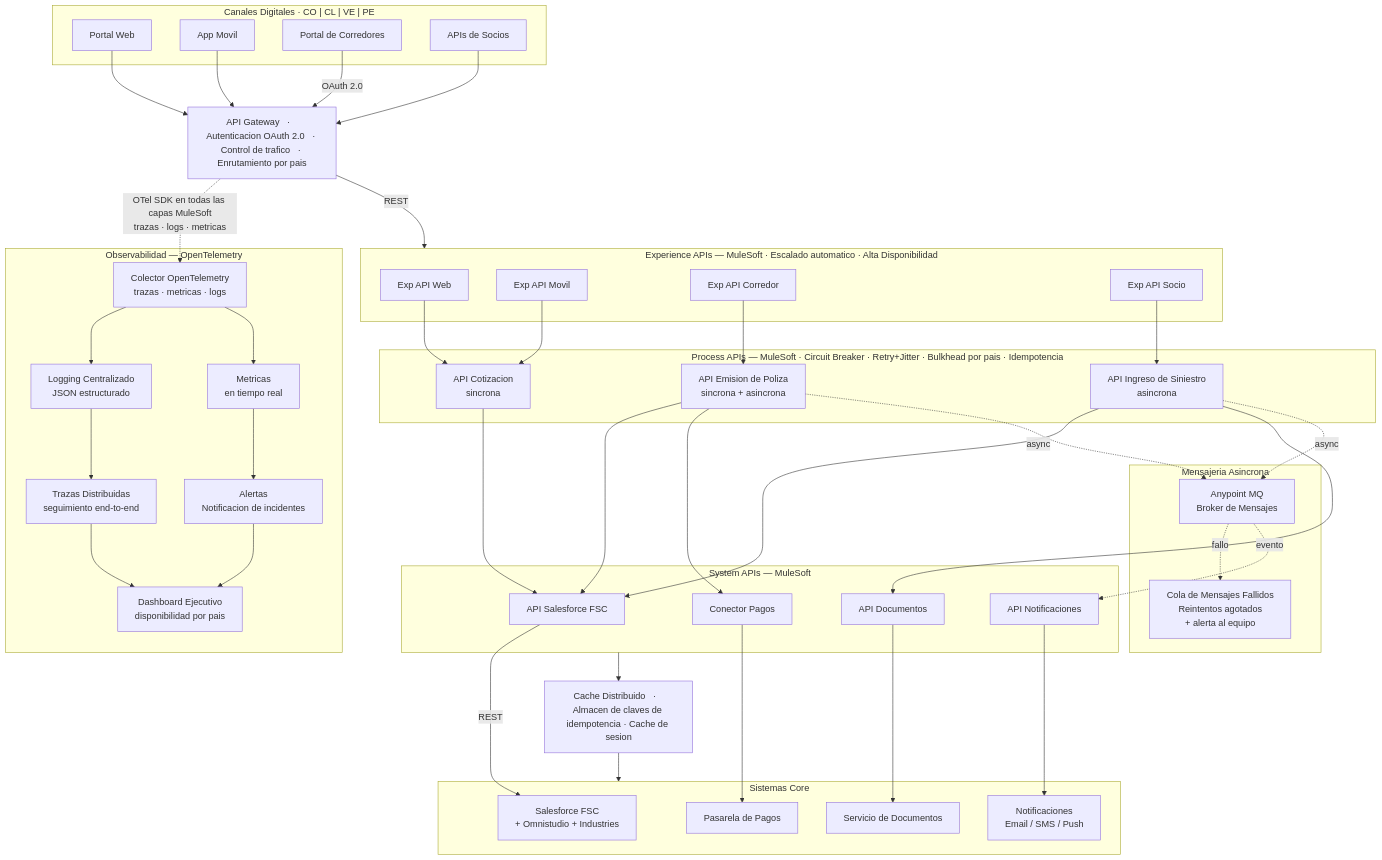
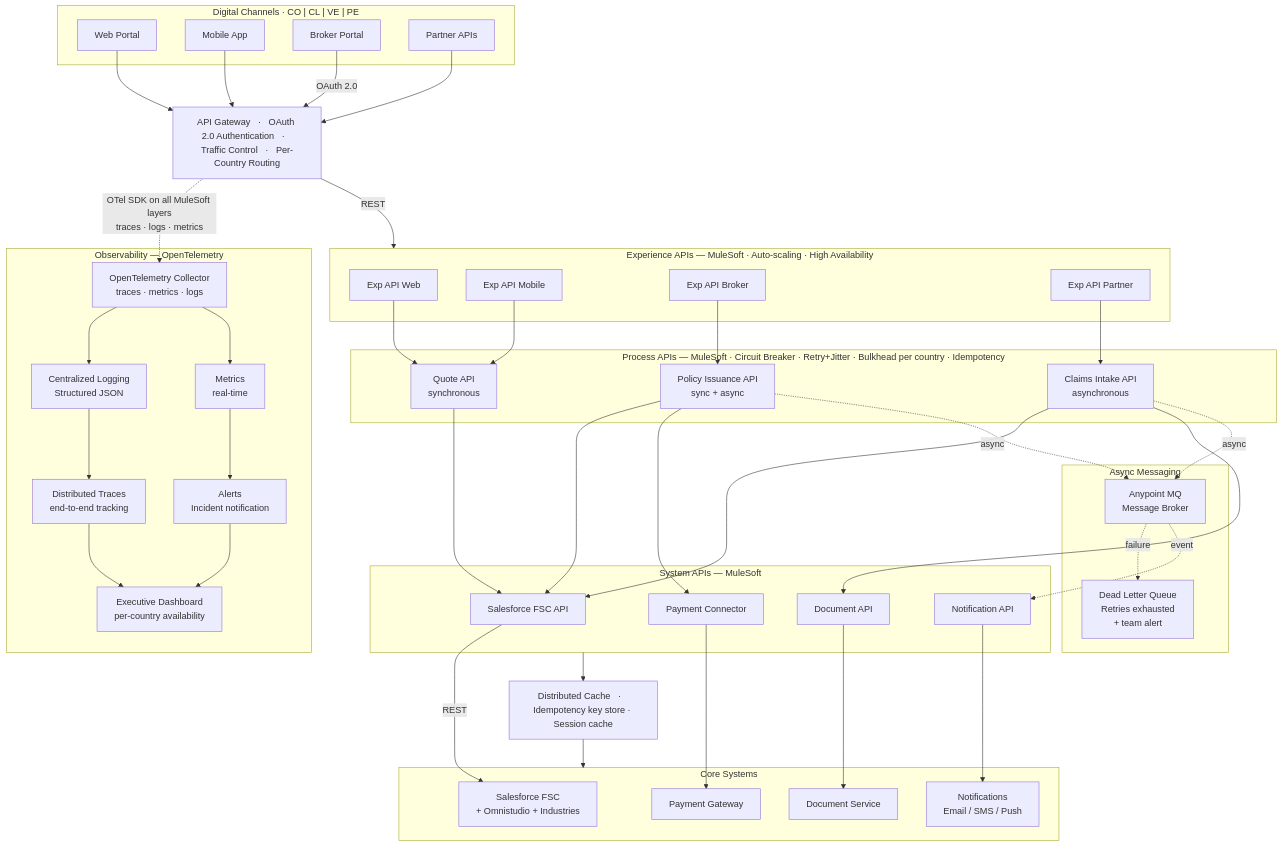
The diagram in diagrams/architecture.mmd (juliantorres92/tech-assessment), drawn with Mermaid before and after one commit. The commit also changed 3 other files, not shown here.

First line of the commit message:
Translate architecture diagrams to English

```diff
--- a/diagrams/architecture.mmd
+++ b/diagrams/architecture.mmd
@@ -1,91 +1,91 @@
 graph TB
-    subgraph Channels["Canales Digitales   ·   CO | CL | VE | PE"]
-        WEB[Portal Web]
-        MOB[App Movil]
-        BRK[Portal de Corredores]
-        PRT[APIs de Socios]
+    subgraph Channels["Digital Channels   ·   CO | CL | VE | PE"]
+        WEB[Web Portal]
+        MOB[Mobile App]
+        BRK[Broker Portal]
+        PRT[Partner APIs]
     end
 
-    APIGW["API Gateway   ·   Autenticacion OAuth 2.0   ·   Control de trafico   ·   Enrutamiento por pais"]
+    APIGW["API Gateway   ·   OAuth 2.0 Authentication   ·   Traffic Control   ·   Per-Country Routing"]
 
-    subgraph Experience["Experience APIs — MuleSoft   ·   Escalado automatico   ·   Alta Disponibilidad"]
+    subgraph Experience["Experience APIs — MuleSoft   ·   Auto-scaling   ·   High Availability"]
         EXP_WEB[Exp API Web]
-        EXP_MOB[Exp API Movil]
-        EXP_BRK[Exp API Corredor]
-        EXP_PRT[Exp API Socio]
+        EXP_MOB[Exp API Mobile]
+        EXP_BRK[Exp API Broker]
+        EXP_PRT[Exp API Partner]
     end
 
-    subgraph Process["Process APIs — MuleSoft   ·   Circuit Breaker · Retry+Jitter · Bulkhead por pais · Idempotencia"]
-        PROC_QUOTE["API Cotizacion\nsincrona"]
-        PROC_POLICY["API Emision de Poliza\nsincrona + asincrona"]
-        PROC_CLAIM["API Ingreso de Siniestro\nasincrona"]
+    subgraph Process["Process APIs — MuleSoft   ·   Circuit Breaker · Retry+Jitter · Bulkhead per country · Idempotency"]
+        PROC_QUOTE["Quote API\nsynchronous"]
+        PROC_POLICY["Policy Issuance API\nsync + async"]
+        PROC_CLAIM["Claims Intake API\nasynchronous"]
     end
 
     subgraph System["System APIs — MuleSoft"]
-        SYS_SF[API Salesforce FSC]
-        SYS_PAY[Conector Pagos]
-        SYS_DOC[API Documentos]
-        SYS_NOTIF[API Notificaciones]
+        SYS_SF[Salesforce FSC API]
+        SYS_PAY[Payment Connector]
+        SYS_DOC[Document API]
+        SYS_NOTIF[Notification API]
     end
 
-    REDIS["Cache Distribuido   ·   Almacen de claves de idempotencia · Cache de sesion"]
+    REDIS["Distributed Cache   ·   Idempotency key store · Session cache"]
 
-    subgraph Core["Sistemas Core"]
+    subgraph Core["Core Systems"]
         SF["Salesforce FSC\n+ Omnistudio + Industries"]
-        PAY[Pasarela de Pagos]
-        DOC[Servicio de Documentos]
-        NOTIF["Notificaciones\nEmail / SMS / Push"]
+        PAY[Payment Gateway]
+        DOC[Document Service]
+        NOTIF["Notifications\nEmail / SMS / Push"]
     end
 
-    subgraph Async["Mensajeria Asincrona"]
-        MQ["Anypoint MQ\nBroker de Mensajes"]
-        DLQ["Cola de Mensajes Fallidos\nReintentos agotados\n+ alerta al equipo"]
+    subgraph Async["Async Messaging"]
+        MQ["Anypoint MQ\nMessage Broker"]
+        DLQ["Dead Letter Queue\nRetries exhausted\n+ team alert"]
     end
 
-    subgraph Obs["Observabilidad — OpenTelemetry"]
-        OTEL["Colector OpenTelemetry\ntrazas · metricas · logs"]
-        LOG["Logging Centralizado\nJSON estructurado"]
-        METRICS["Metricas\nen tiempo real"]
-        TRACES["Trazas Distribuidas\nseguimiento end-to-end"]
-        ALERT["Alertas\nNotificacion de incidentes"]
-        DASH["Dashboard Ejecutivo\ndisponibilidad por pais"]
+    subgraph Obs["Observability — OpenTelemetry"]
+        OTEL["OpenTelemetry Collector\ntraces · metrics · logs"]
+        LOG["Centralized Logging\nStructured JSON"]
+        METRICS["Metrics\nreal-time"]
+        TRACES["Distributed Traces\nend-to-end tracking"]
+        ALERT["Alerts\nIncident notification"]
+        DASH["Executive Dashboard\nper-country availability"]
     end
 
     WEB --> APIGW
     MOB --> APIGW
     BRK -->|OAuth 2.0| APIGW
     PRT --> APIGW
 
     APIGW -->|REST| Experience
 
     EXP_WEB --> PROC_QUOTE
     EXP_MOB --> PROC_QUOTE
     EXP_BRK --> PROC_POLICY
     EXP_PRT --> PROC_CLAIM
 
     PROC_QUOTE --> SYS_SF
     PROC_POLICY --> SYS_SF
     PROC_POLICY --> SYS_PAY
     PROC_CLAIM --> SYS_SF
     PROC_CLAIM --> SYS_DOC
 
     PROC_POLICY -.->|async| MQ
     PROC_CLAIM -.->|async| MQ
-    MQ -.->|fallo| DLQ
-    MQ -.->|evento| SYS_NOTIF
+    MQ -.->|failure| DLQ
+    MQ -.->|event| SYS_NOTIF
 
     System --> REDIS
     REDIS --> Core
 
     SYS_SF -->|REST| SF
     SYS_PAY --> PAY
     SYS_DOC --> DOC
     SYS_NOTIF --> NOTIF
 
-    APIGW -.->|"OTel SDK en todas las capas MuleSoft\ntrazas · logs · metricas"| OTEL
+    APIGW -.->|"OTel SDK on all MuleSoft layers\ntraces · logs · metrics"| OTEL
     OTEL --> LOG
     OTEL --> METRICS
     LOG --> TRACES
     METRICS --> ALERT
     TRACES --> DASH
     ALERT --> DASH
```
